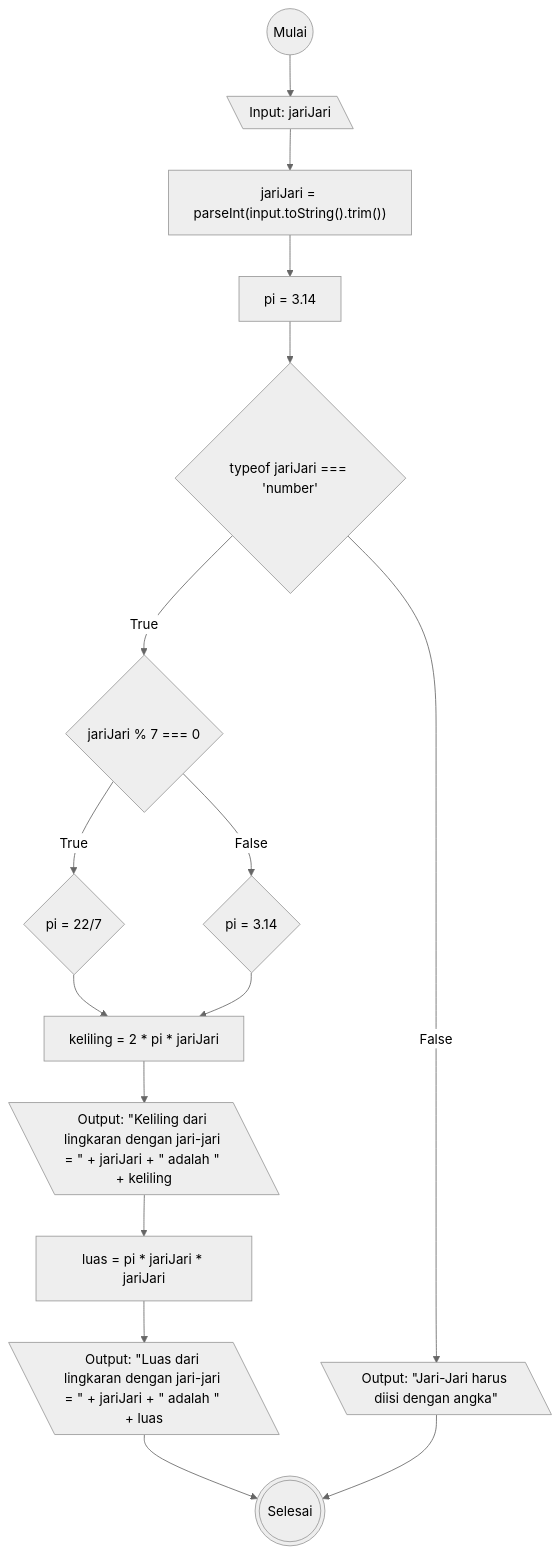
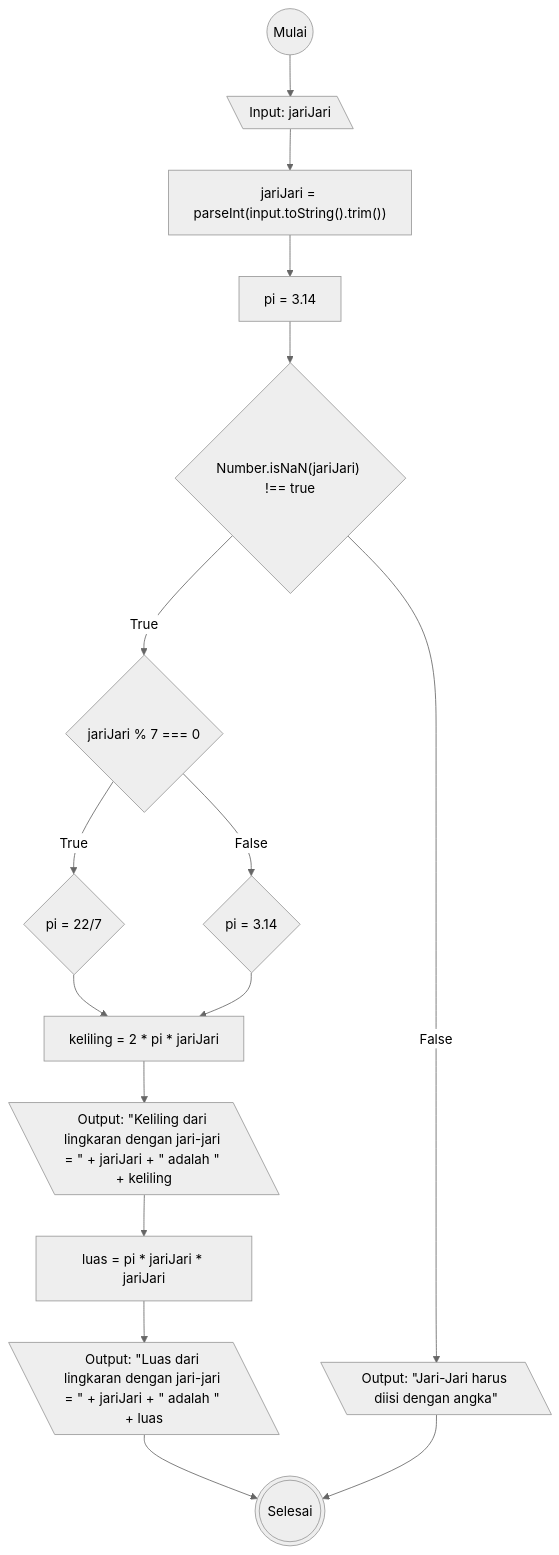
Before and after one commit to rezafauzan/koda-b6-homework2: the diagram in flowchart-interactive-circle-circumference-and-area-calculator.md, drawn with Mermaid (neutral theme). The commit also changed 1 other file, not shown here.

Commit message:
Patch: edit flowchart to check NaN

````diff
--- a/flowchart-interactive-circle-circumference-and-area-calculator.md
+++ b/flowchart-interactive-circle-circumference-and-area-calculator.md
@@ -3,24 +3,24 @@
 ```mermaid
 flowchart TD
 
 start@{"shape": circle, "label": "Mulai"}
 input@{"shape": lean-l, "label": "Input: jariJari"}
 parseInput@{"shape": rectangle, "label": jariJari = parseInt(input.toString().trim())}
 initPi@{"shape": rectangle, "label": "pi = 3.14"}
-isjariJariNumber@{"shape": diamond, "label": typeof jariJari === 'number'}
+isjariJariNumber@{"shape": diamond, "label": Number.isNaN(jariJari) !== true}
 isjariJariMultiseven@{"shape": diamond, "label": jariJari % 7 === 0}
 isjariJariMultisevenTrue@{"shape": diamond, "label": pi = 22/7}
 isjariJariMultisevenFalse@{"shape": diamond, "label": pi = 3.14}
 isjariJariNumberFalse@{"shape": lean-l, "label": "Output: #quot;Jari-Jari harus diisi dengan angka#quot;"}
 circumference@{"shape": rectangle, "label": keliling = 2 * pi * jariJari}
 outputCircumference@{"shape": lean-l, "label": "Output: #quot;Keliling dari lingkaran dengan jari-jari = #quot; + jariJari + #quot; adalah #quot; + keliling"}
 area@{"shape": rectangle, "label": luas = pi * jariJari * jariJari}
 outputArea@{"shape": lean-l, "label": "Output: #quot;Luas dari lingkaran dengan jari-jari = #quot; + jariJari + #quot; adalah #quot; + luas"}
 stop@{"shape": dbl-circ, "label": "Selesai"}
 
 start-->input-->parseInput-->initPi-->isjariJariNumber--True-->isjariJariMultiseven--True-->isjariJariMultisevenTrue-->circumference
 isjariJariMultiseven--False-->isjariJariMultisevenFalse-->circumference
 circumference-->outputCircumference-->area-->outputArea-->stop
 
 isjariJariNumber--False-->isjariJariNumberFalse-->stop
 ```
````
